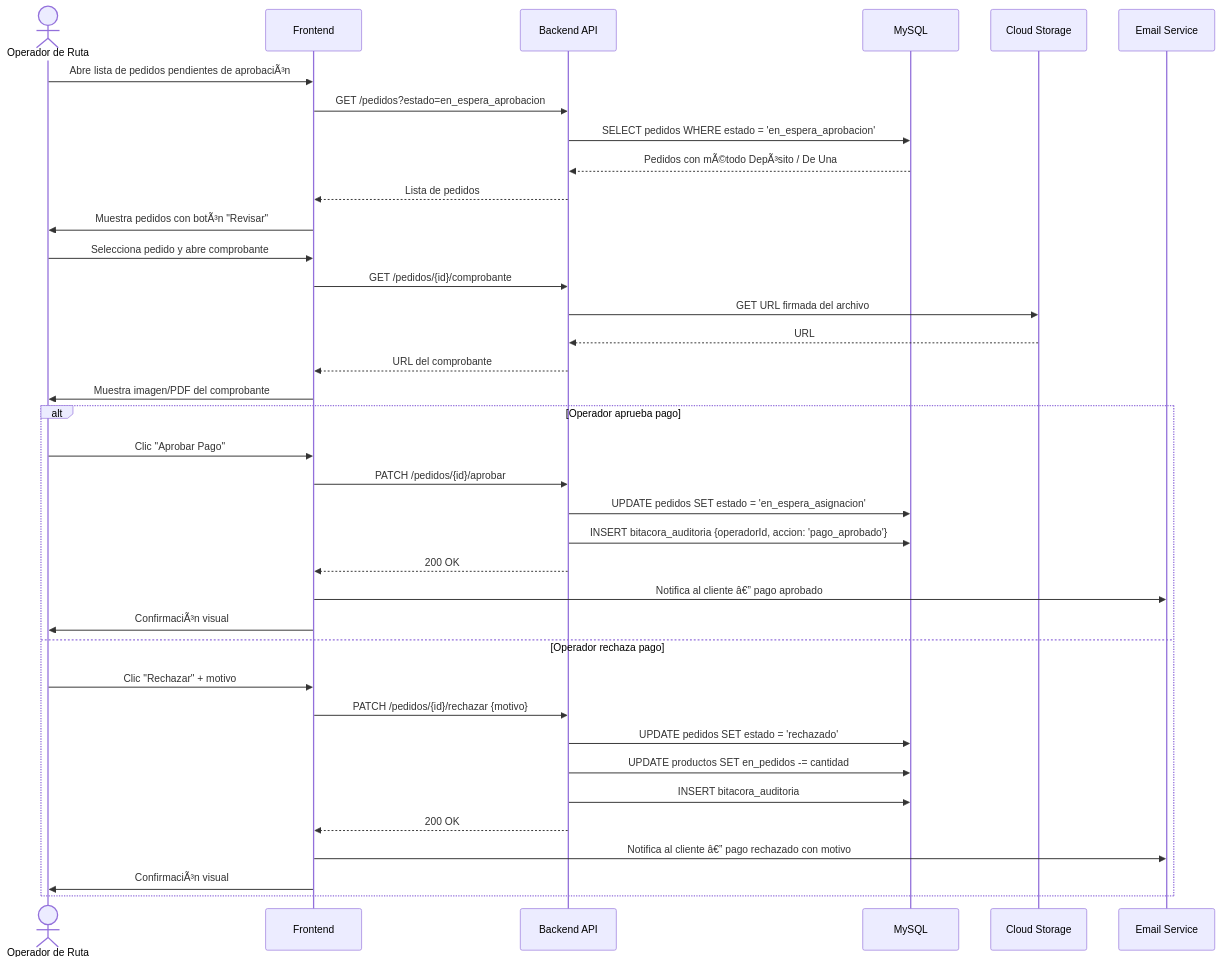
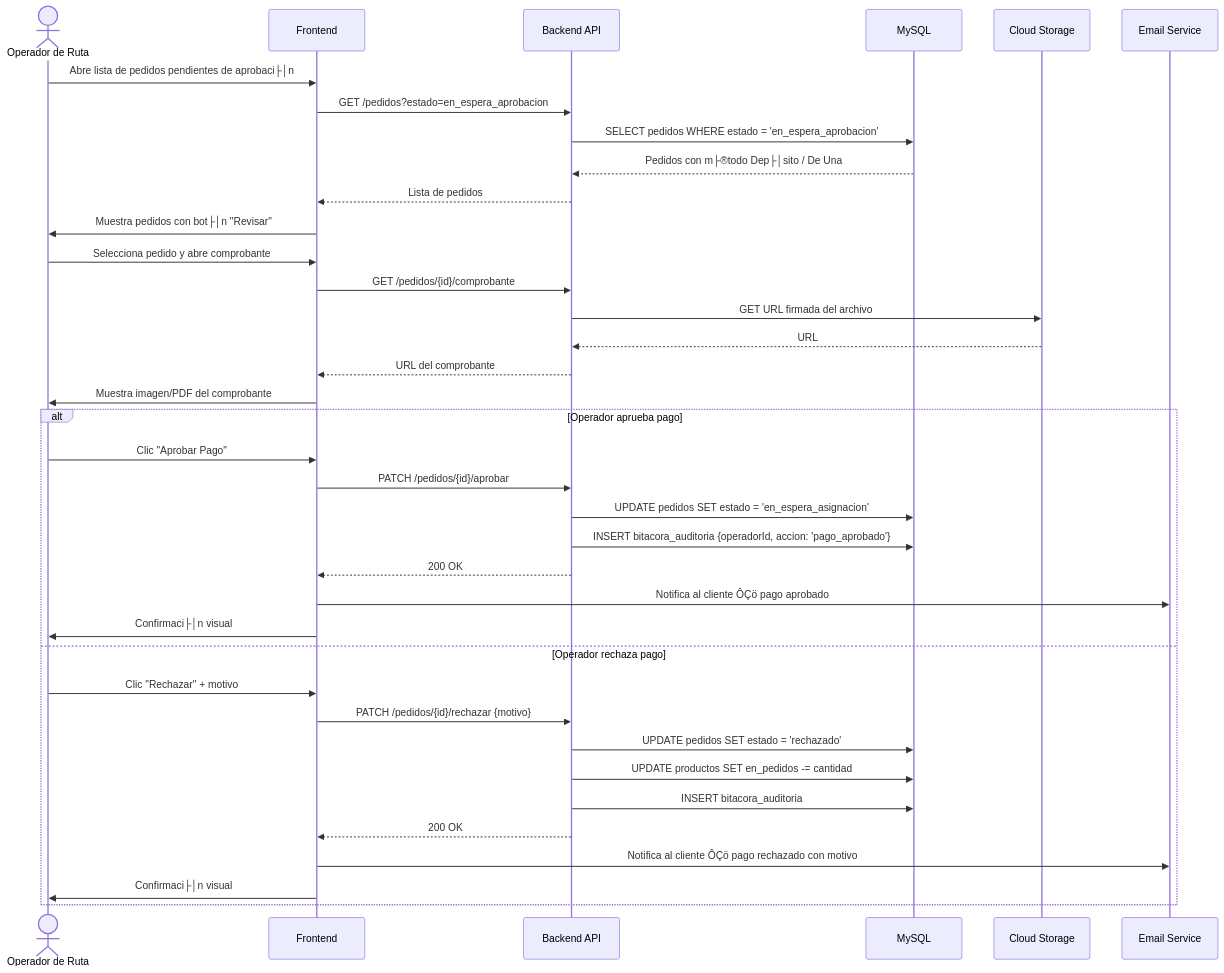
Before and after one commit to UNIPI6TO/PI-ECOMMERCE-FRITOLAY: the sixth of 23 diagrams in docs/especificacion.md, drawn with Mermaid. The commit also changed other lines of this file, not shown here.

````diff
--- a/docs/especificacion.md
+++ b/docs/especificacion.md
@@ -1062,42 +1062,42 @@
 ```mermaid
 sequenceDiagram
     actor Operador as Operador de Ruta
     participant FE as Frontend
     participant API as Backend API
     participant DB as MySQL
     participant GCS as Cloud Storage
     participant Email as Email Service
 
-    Operador->>FE: Abre lista de pedidos pendientes de aprobaciÃ³n
+    Operador->>FE: Abre lista de pedidos pendientes de aprobaci├│n
     FE->>API: GET /pedidos?estado=en_espera_aprobacion
     API->>DB: SELECT pedidos WHERE estado = 'en_espera_aprobacion'
-    DB-->>API: Pedidos con mÃ©todo DepÃ³sito / De Una
+    DB-->>API: Pedidos con m├®todo Dep├│sito / De Una
     API-->>FE: Lista de pedidos
-    FE->>Operador: Muestra pedidos con botÃ³n "Revisar"
+    FE->>Operador: Muestra pedidos con bot├│n "Revisar"
 
     Operador->>FE: Selecciona pedido y abre comprobante
     FE->>API: GET /pedidos/{id}/comprobante
     API->>GCS: GET URL firmada del archivo
     GCS-->>API: URL
     API-->>FE: URL del comprobante
     FE->>Operador: Muestra imagen/PDF del comprobante
 
     alt Operador aprueba pago
         Operador->>FE: Clic "Aprobar Pago"
         FE->>API: PATCH /pedidos/{id}/aprobar
         API->>DB: UPDATE pedidos SET estado = 'en_espera_asignacion'
         API->>DB: INSERT bitacora_auditoria {operadorId, accion: 'pago_aprobado'}
         API-->>FE: 200 OK
-        FE->>Email: Notifica al cliente â€” pago aprobado
-        FE->>Operador: ConfirmaciÃ³n visual
+        FE->>Email: Notifica al cliente ÔÇö pago aprobado
+        FE->>Operador: Confirmaci├│n visual
     else Operador rechaza pago
         Operador->>FE: Clic "Rechazar" + motivo
         FE->>API: PATCH /pedidos/{id}/rechazar {motivo}
         API->>DB: UPDATE pedidos SET estado = 'rechazado'
         API->>DB: UPDATE productos SET en_pedidos -= cantidad
         API->>DB: INSERT bitacora_auditoria
         API-->>FE: 200 OK
-        FE->>Email: Notifica al cliente â€” pago rechazado con motivo
-        FE->>Operador: ConfirmaciÃ³n visual
+        FE->>Email: Notifica al cliente ÔÇö pago rechazado con motivo
+        FE->>Operador: Confirmaci├│n visual
     end
 ```
````
